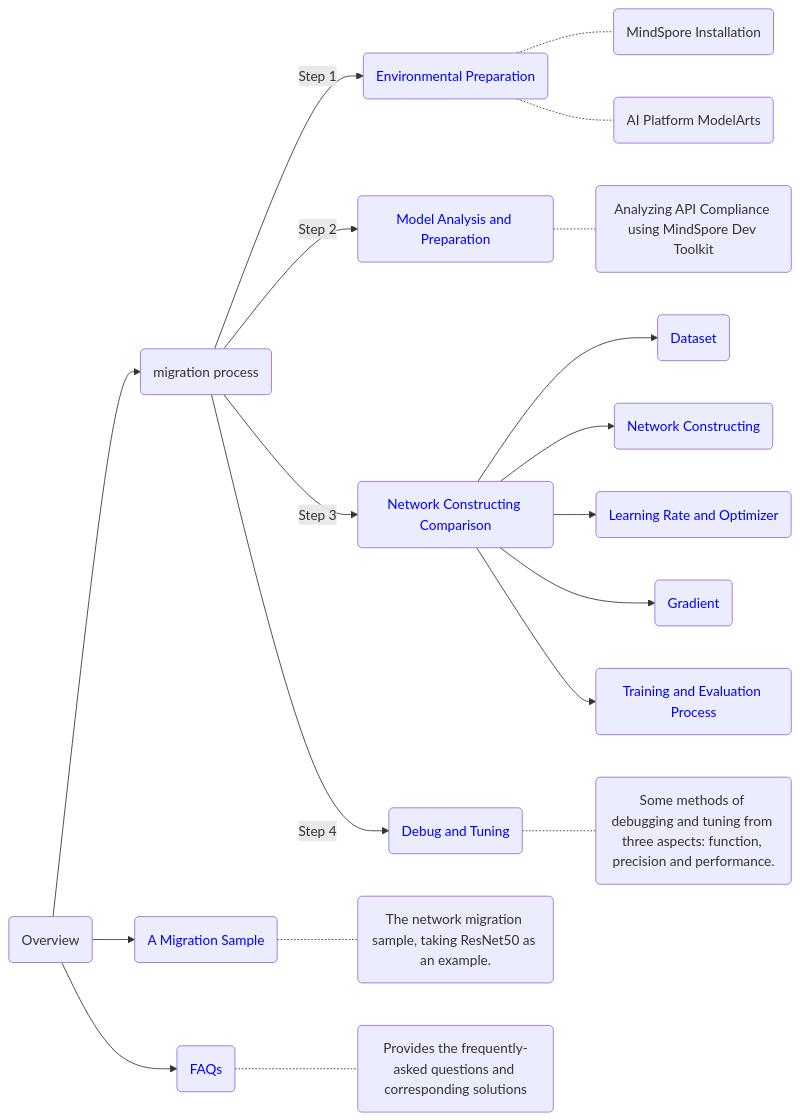
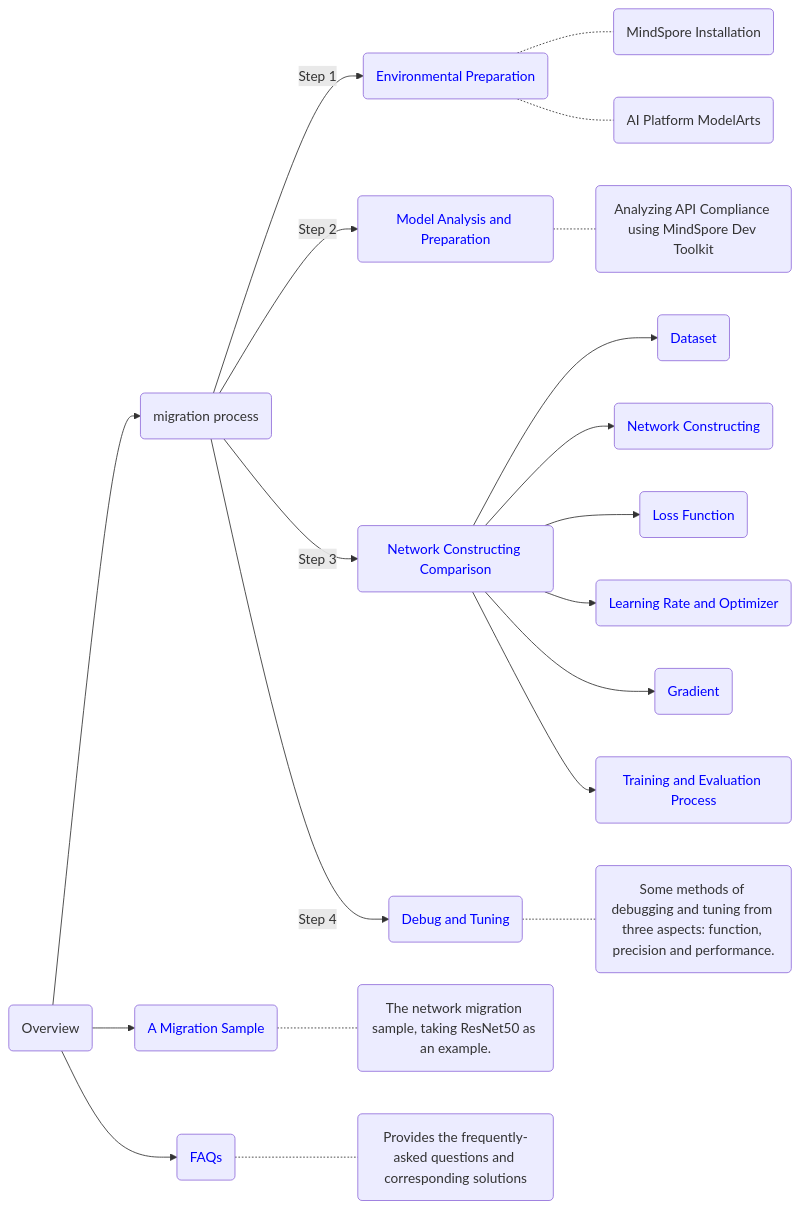
One commit to mindspore-ai/docs changed the diagram in docs/mindspore/source_en/migration_guide/overview.md. Above: the diagram before and after it, drawn with Mermaid. The commit also changed 1 other file, not shown here.

Commit message:
add loss function in migration guide

````diff
--- a/docs/mindspore/source_en/migration_guide/overview.md
+++ b/docs/mindspore/source_en/migration_guide/overview.md
@@ -7,35 +7,37 @@
 ```{mermaid}
 graph LR
 A(Overview)-->B(migration process)
 B-->|Step 1|E(<font color=blue>Environmental Preparation</font>)
 E-.-text1(MindSpore Installation)
 E-.-text2(AI Platform ModelArts)
 B-->|Step 2|F(<font color=blue>Model Analysis and Preparation</font>)
 F-.-text3(Analyzing API Compliance using MindSpore Dev Toolkit)
 B-->|Step 3|G(<font color=blue>Network Constructing Comparison</font>)
 G-->I(<font color=blue>Dataset</font>)
 G-->J(<font color=blue>Network Constructing</font>)
+G-->N(<font color=blue>Loss Function</font>)
 G-->K(<font color=blue>Learning Rate and Optimizer</font>)
 G-->L(<font color=blue>Gradient</font>)
 G-->M(<font color=blue>Training and Evaluation Process</font>)
 B-->|Step 4|H(<font color=blue>Debug and Tuning</font>)
 H-.-text4(Some methods of debugging and tuning from three aspects: function, precision and performance.)
 A-->C(<font color=blue>A Migration Sample</font>)
 C-.-text5(The network migration sample, taking ResNet50 as an example.)
 A-->D(<font color=blue>FAQs</font>)
 D-.-text6(Provides the frequently-asked questions and corresponding solutions)
 
 click C "https://www.mindspore.cn/docs/en/r2.3/migration_guide/sample_code.html"
 click D "https://www.mindspore.cn/docs/en/r2.3/migration_guide/faq.html"
 
 click E "https://www.mindspore.cn/docs/en/r2.3/migration_guide/enveriment_preparation.html"
 click F "https://www.mindspore.cn/docs/en/r2.3/migration_guide/analysis_and_preparation.html"
 click G "https://www.mindspore.cn/docs/en/r2.3/migration_guide/model_development/model_development.html"
 click H "https://www.mindspore.cn/docs/en/r2.3/migration_guide/debug_and_tune.html"
 
 click I "https://www.mindspore.cn/docs/en/r2.3/migration_guide/model_development/dataset.html"
 click J "https://www.mindspore.cn/docs/en/r2.3/migration_guide/model_development/model_and_cell.html"
 click K "https://www.mindspore.cn/docs/en/r2.3/migration_guide/model_development/learning_rate_and_optimizer.html"
 click L "https://www.mindspore.cn/docs/en/r2.3/migration_guide/model_development/gradient.html"
 click M "https://www.mindspore.cn/docs/en/r2.3/migration_guide/model_development/training_and_evaluation.html"
+click N "https://www.mindspore.cn/docs/en/r2.3/migration_guide/model_development/loss_function.html"
 ```
````
